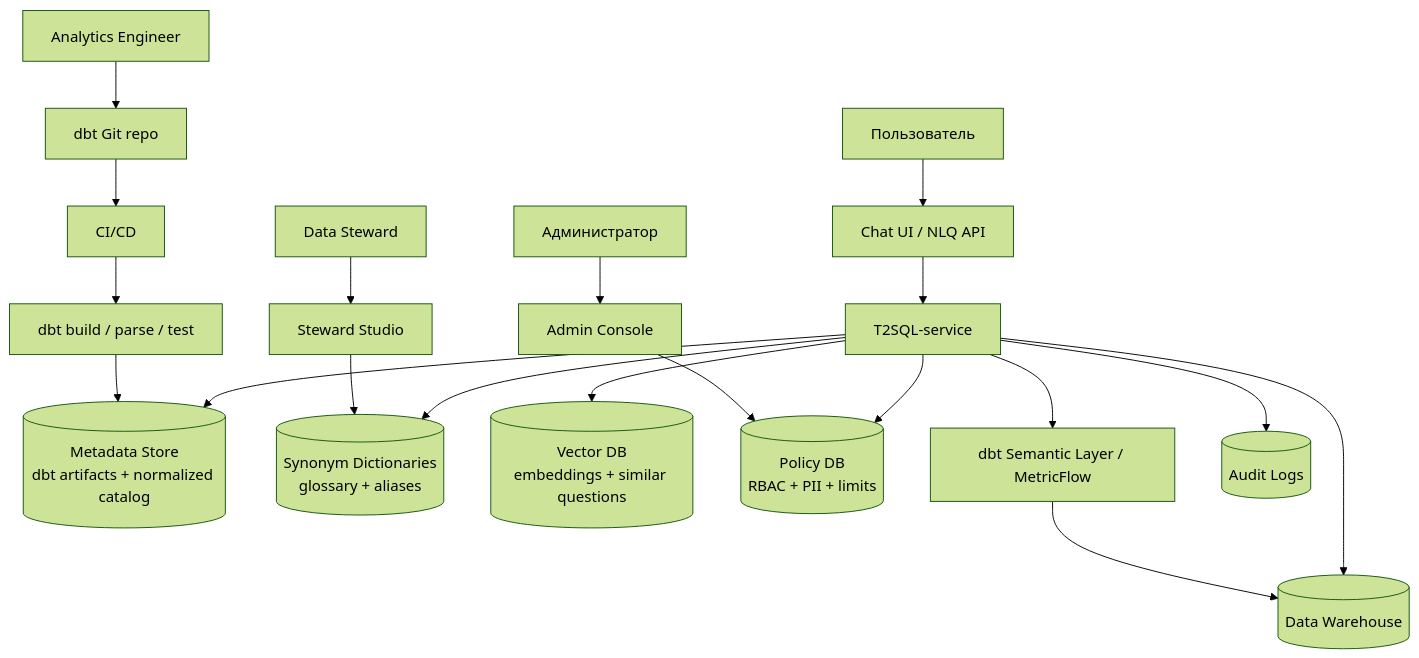
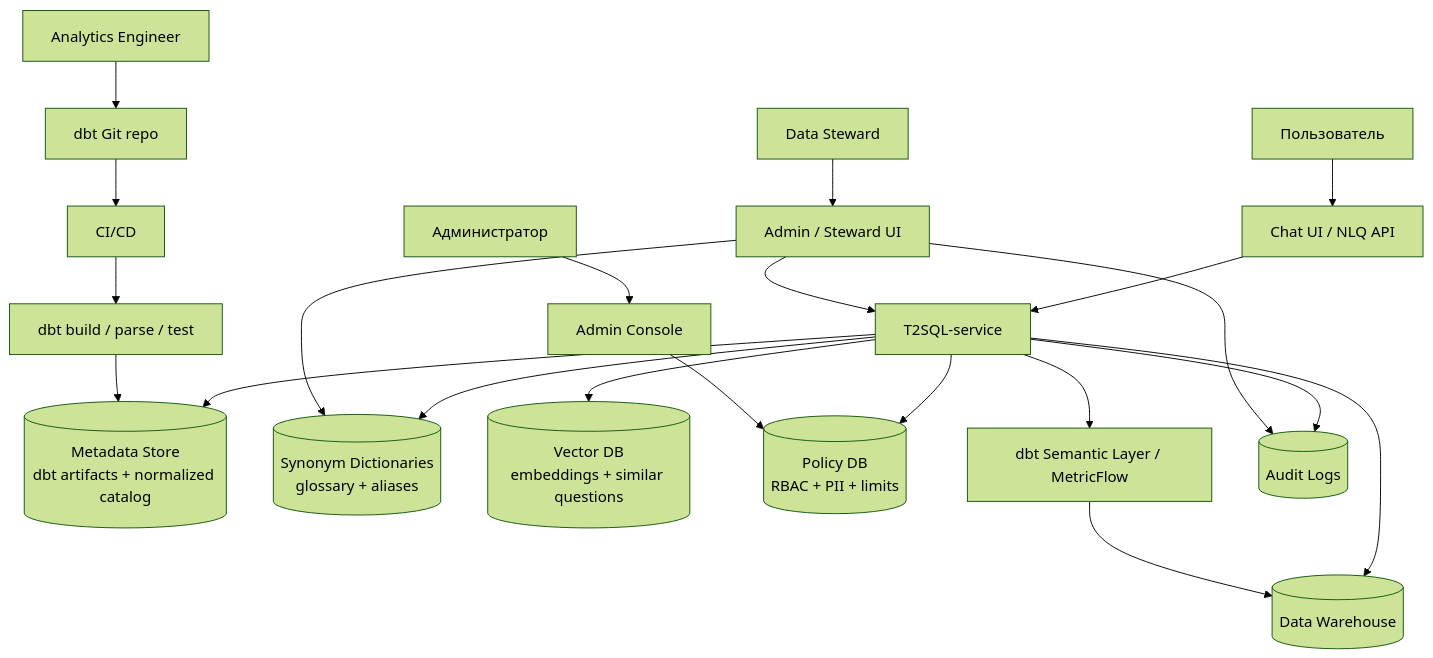
One commit to MikeYu123/texttosql changed the first of 3 diagrams in spec.md. Above: the diagram before and after it, drawn with Mermaid (forest theme). The commit also changed other lines of this file and 1 other file, not shown here.

Commit message:
Clarify steward UI in docs and spec

````diff
--- a/spec.md
+++ b/spec.md
@@ -37,27 +37,29 @@
 ```mermaid
 flowchart TB
     User[Пользователь] --> UI[Chat UI / NLQ API]
     Admin[Администратор] --> AdminUI[Admin Console]
-    Steward[Data Steward] --> StewardUI[Steward Studio]
+    Steward[Data Steward] --> StewardUI[Admin / Steward UI]
     AE[Analytics Engineer] --> Git[dbt Git repo]
 
     UI --> T2SQL[T2SQL-service]
 
     T2SQL --> Metadata[(Metadata Store<br/>dbt artifacts + normalized catalog)]
     T2SQL --> Synonyms[(Synonym Dictionaries<br/>glossary + aliases)]
     T2SQL --> VectorDB[(Vector DB<br/>embeddings + similar questions)]
     T2SQL --> PolicyDB[(Policy DB<br/>RBAC + PII + limits)]
 
     Git --> CI[CI/CD]
     CI --> dbt[dbt build / parse / test]
     dbt --> Metadata
 
     T2SQL --> SL[dbt Semantic Layer / MetricFlow]
     T2SQL --> DWH[(Data Warehouse)]
     SL --> DWH
 
     T2SQL --> Audit[(Audit Logs)]
 
     AdminUI --> PolicyDB
+    StewardUI --> T2SQL
     StewardUI --> Synonyms
+    StewardUI --> Audit
 ```
````
